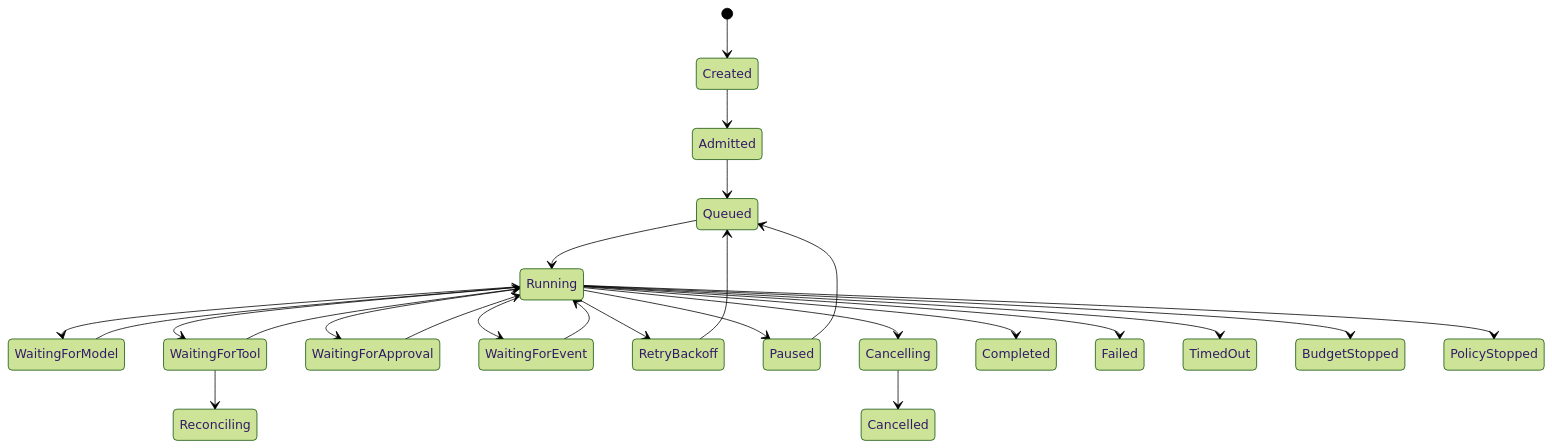
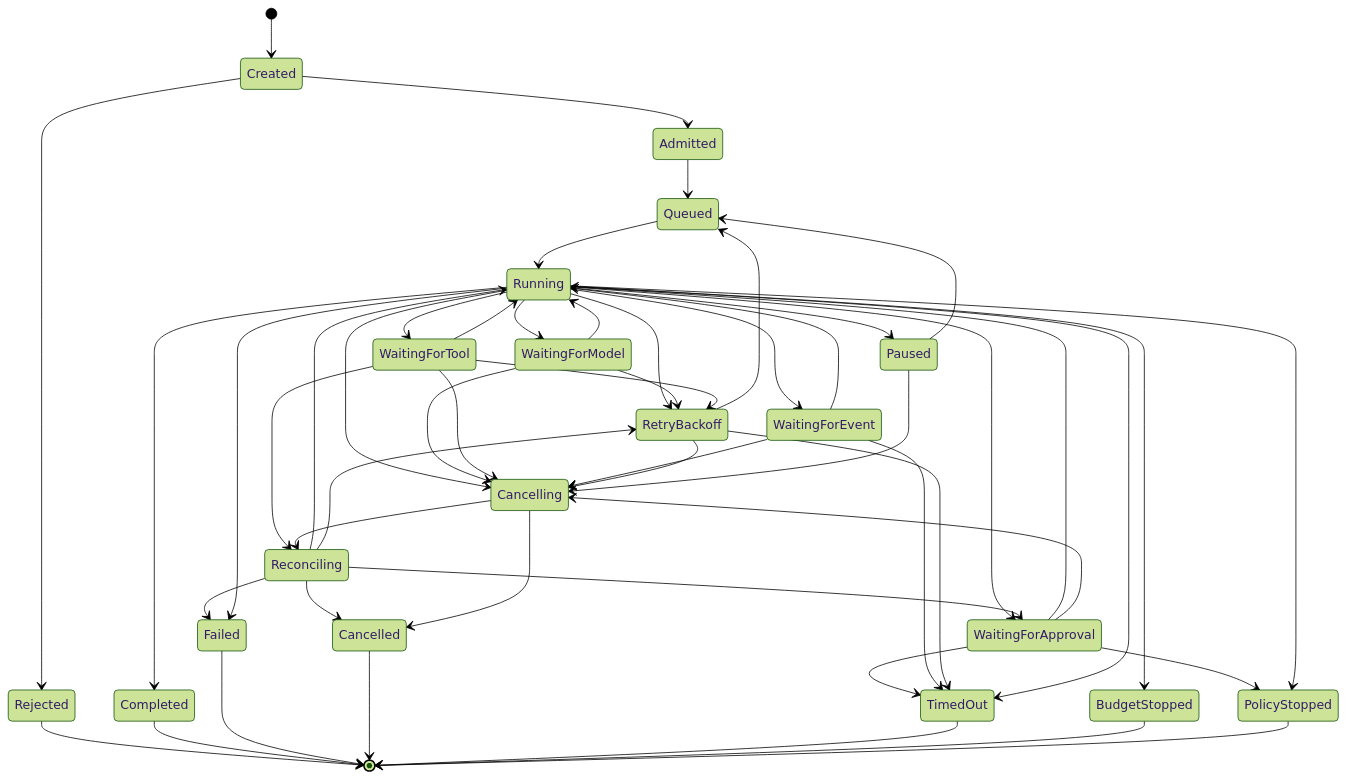
Before and after one commit to thaithienvanid/agentic-reference-architecture: the second of 3 diagrams in handbook/runtime.mdx, drawn with Mermaid (forest theme). The commit also changed other lines of this file and 20 other files, not shown here.

Commit message:
normalize architecture contracts and execution ontology

````diff
--- a/handbook/runtime.mdx
+++ b/handbook/runtime.mdx
@@ -49,27 +49,64 @@
 ```mermaid
 stateDiagram-v2
     [*] --> Created
     Created --> Admitted
+    Created --> Rejected
     Admitted --> Queued
     Queued --> Running
+
     Running --> WaitingForModel
     Running --> WaitingForTool
     Running --> WaitingForApproval
     Running --> WaitingForEvent
+    Running --> RetryBackoff
+    Running --> Paused
+    Running --> Cancelling
+
     WaitingForModel --> Running
+    WaitingForModel --> RetryBackoff
+    WaitingForModel --> Cancelling
+
     WaitingForTool --> Running
+    WaitingForTool --> RetryBackoff
     WaitingForTool --> Reconciling
+    WaitingForTool --> Cancelling
+
+    Reconciling --> Running
+    Reconciling --> RetryBackoff
+    Reconciling --> WaitingForApproval
+    Reconciling --> Failed
+    Reconciling --> Cancelled
+
     WaitingForApproval --> Running
+    WaitingForApproval --> PolicyStopped
+    WaitingForApproval --> Cancelling
+    WaitingForApproval --> TimedOut
+
     WaitingForEvent --> Running
-    Running --> RetryBackoff
+    WaitingForEvent --> TimedOut
+    WaitingForEvent --> Cancelling
+
     RetryBackoff --> Queued
-    Running --> Paused
+    RetryBackoff --> TimedOut
+    RetryBackoff --> Cancelling
+
     Paused --> Queued
-    Running --> Cancelling
+    Paused --> Cancelling
+
     Cancelling --> Cancelled
+    Cancelling --> Reconciling
+
     Running --> Completed
     Running --> Failed
     Running --> TimedOut
     Running --> BudgetStopped
     Running --> PolicyStopped
+
+    Rejected --> [*]
+    Completed --> [*]
+    Failed --> [*]
+    Cancelled --> [*]
+    TimedOut --> [*]
+    BudgetStopped --> [*]
+    PolicyStopped --> [*]
 ```
````
